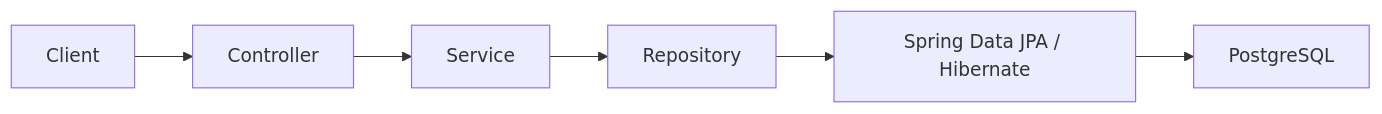
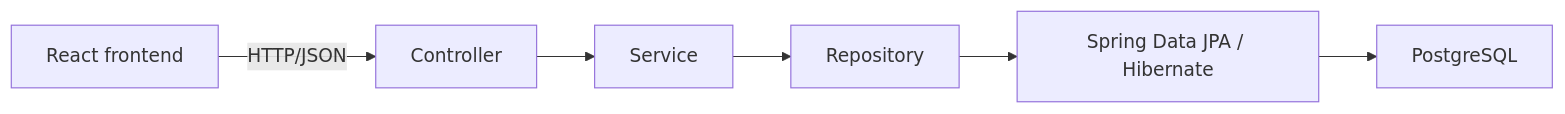
Before and after one commit to goravjhabakh/java-fullstack: the diagram in docs/architecture.md, drawn with Mermaid. The commit also changed other lines of this file and 6 other files, not shown here.

Commit message:
feat: complete React frontend integration

````diff
--- a/docs/architecture.md
+++ b/docs/architecture.md
@@ -15,8 +15,8 @@
 ```mermaid
 flowchart LR
-    Client --> Controller
+    Client[React frontend] -->|HTTP/JSON| Controller
     Controller --> Service
     Service --> Repository
     Repository --> JPA[Spring Data JPA / Hibernate]
     JPA --> PostgreSQL
 ```
````
